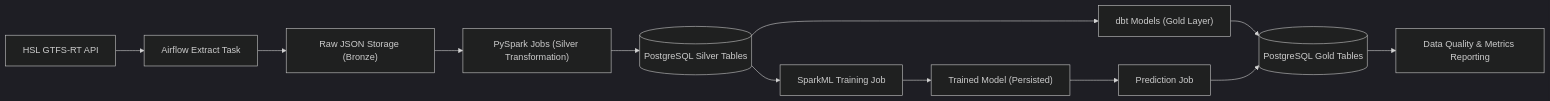
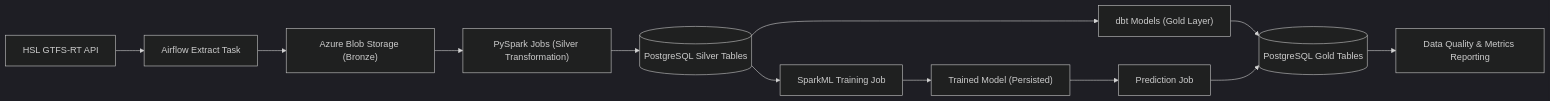
The diagram in README.md (jestebanpelaez18/hsl-gtfs-realtime-pipeline), drawn with Mermaid (dark theme) before and after one commit. The commit also changed other lines of this file and 1 other file, not shown here.

Commit message:
docs: update README to include Azure Blob Storage details and add new image

````diff
--- a/README.md
+++ b/README.md
@@ -43,14 +43,14 @@
 ```mermaid
 graph LR
     A["HSL GTFS-RT API"] --> B["Airflow Extract Task"]
-    B --> C["Raw JSON Storage (Bronze)"]
+    B --> C["Azure Blob Storage (Bronze)"]
     C --> D["PySpark Jobs (Silver Transformation)"]
     D --> E[("PostgreSQL Silver Tables")]
     E --> F["dbt Models (Gold Layer)"]
     F --> G[("PostgreSQL Gold Tables")]
     G --> H["Data Quality & Metrics Reporting"]
     E --> I["SparkML Training Job"]
     I --> J["Trained Model (Persisted)"]
     J --> K["Prediction Job"]
     K --> G
 ```
````
